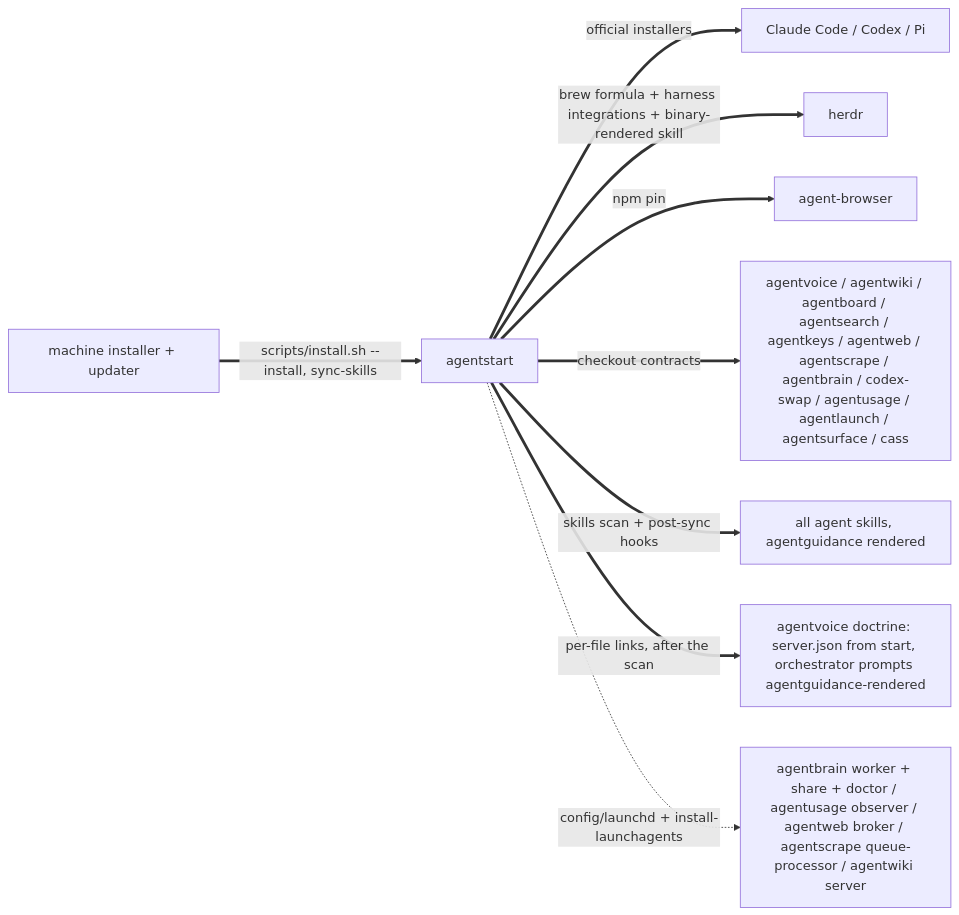
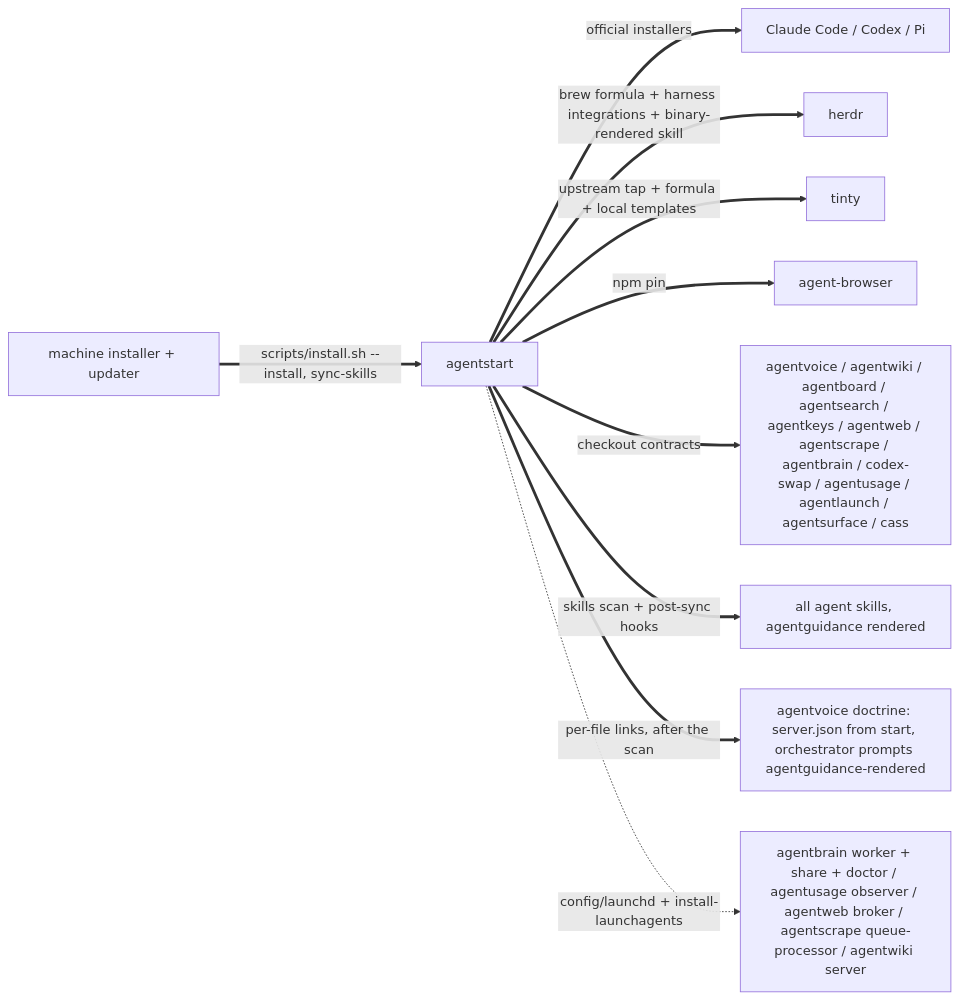
The second of 3 diagrams in skills/fleet/MAP.md (possibilities/agentdots), drawn with Mermaid before and after one commit. The commit also changed other lines of this file and 12 other files, not shown here.

````diff
--- a/skills/fleet/MAP.md
+++ b/skills/fleet/MAP.md
@@ -74,14 +79,15 @@
 ```mermaid
 flowchart LR
     machine[machine installer + updater]
     start[agentstart]
 
     machine ==>|scripts/install.sh --install, sync-skills| start
     start ==>|official installers| harnesses[Claude Code / Codex / Pi]
     start ==>|brew formula + harness integrations + binary-rendered skill| herdrInstall[herdr]
+    start ==>|upstream tap + formula + local templates| tinty[tinty]
     start ==>|npm pin| browser[agent-browser]
     start ==>|checkout contracts| fleet[agentvoice / agentwiki / agentboard / agentsearch / agentkeys / agentweb / agentscrape / agentbrain / codex-swap / agentusage / agentlaunch / agentsurface / cass]
     start ==>|skills scan + post-sync hooks| skills[all agent skills, agentguidance rendered]
     start ==>|per-file links, after the scan| voiceDoctrine[agentvoice doctrine: server.json from start, orchestrator prompts agentguidance-rendered]
     start -.->|config/launchd + install-launchagents| services[agentbrain worker + share + doctor / agentusage observer / agentweb broker / agentscrape queue-processor / agentwiki server]
 ```
````
